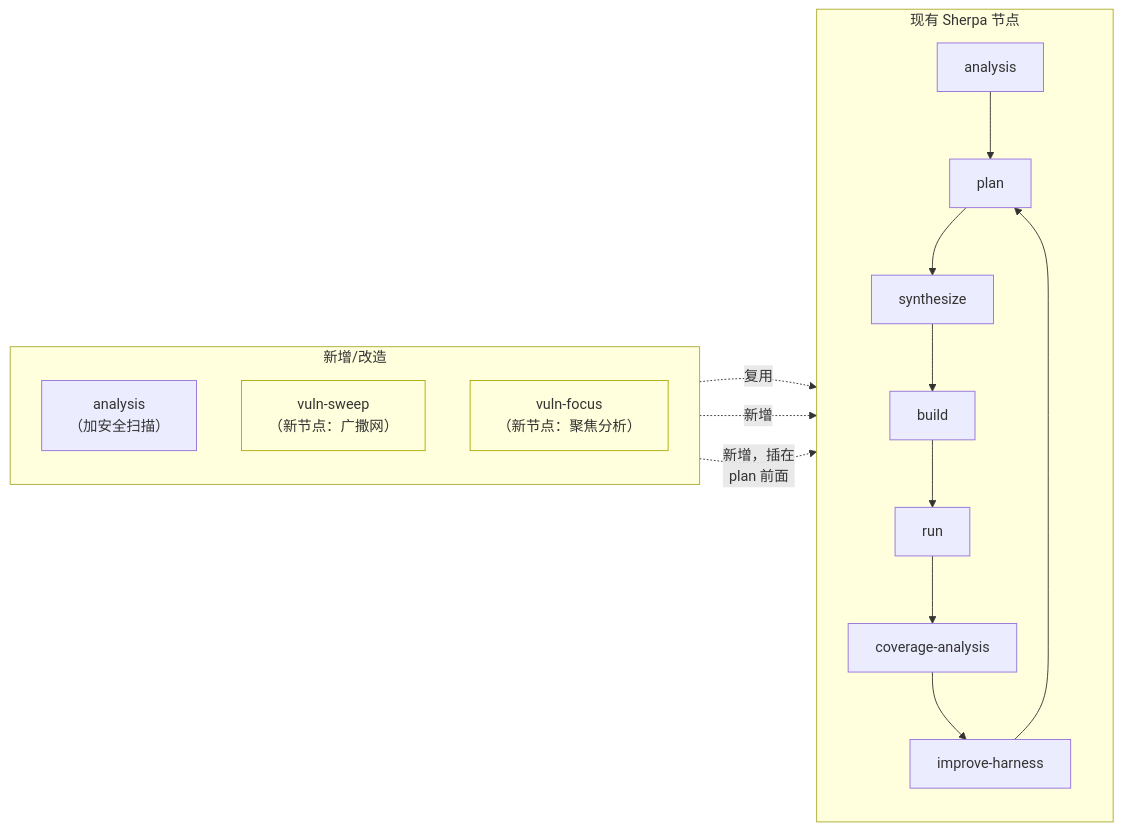
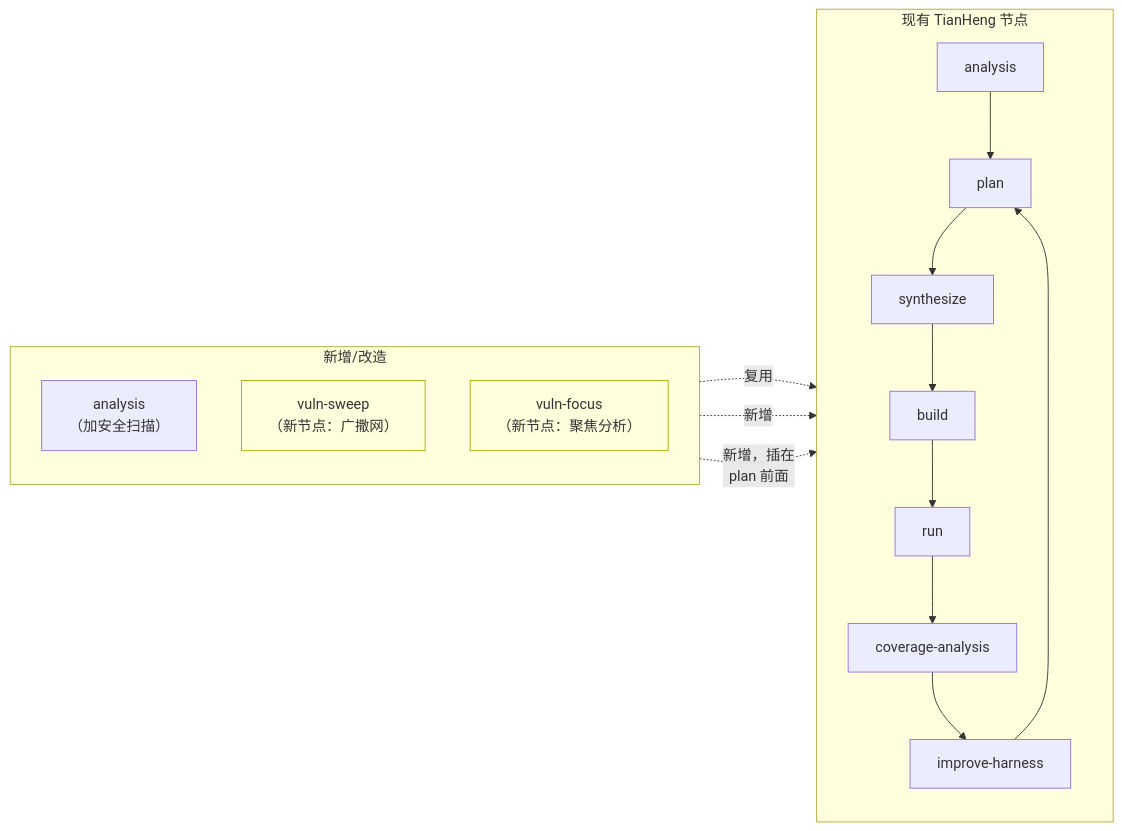
One commit to ZUENS2020/Sherpa changed the third of 9 diagrams in docs/VULN_HUNT_ARCHITECTURE_ALTERNATIVES.md. Above: the diagram before and after it, drawn with Mermaid. The commit also changed 72 other files, not shown here.

Commit message:
Rename project and redesign TianHeng console

````diff
--- a/docs/VULN_HUNT_ARCHITECTURE_ALTERNATIVES.md
+++ b/docs/VULN_HUNT_ARCHITECTURE_ALTERNATIVES.md
@@ -86,25 +86,25 @@
 ```mermaid
 flowchart LR
-    subgraph NOW["现有 Sherpa 节点"]
+    subgraph NOW["现有 TianHeng 节点"]
         direction TB
         N1["analysis"] --> N2["plan"] --> N3["synthesize"]
         N3 --> N4["build"] --> N5["run"]
         N5 --> N6["coverage-analysis"]
         N6 --> N7["improve-harness"]
         N7 --> N2
     end
 
     subgraph NEW["新增/改造"]
         direction TB
         M1["analysis\n（加安全扫描）"]
         M2["vuln-sweep\n（新节点：广撒网）"]
         M3["vuln-focus\n（新节点：聚焦分析）"]
     end
 
     M1 -.->|"复用"| N1
     M2 -.->|"新增"| N2
     M3 -.->|"新增，插在\nplan 前面"| N2
 
     style M2 fill:#ffd,stroke:#aa0
     style M3 fill:#ffd,stroke:#aa0
 ```
````
